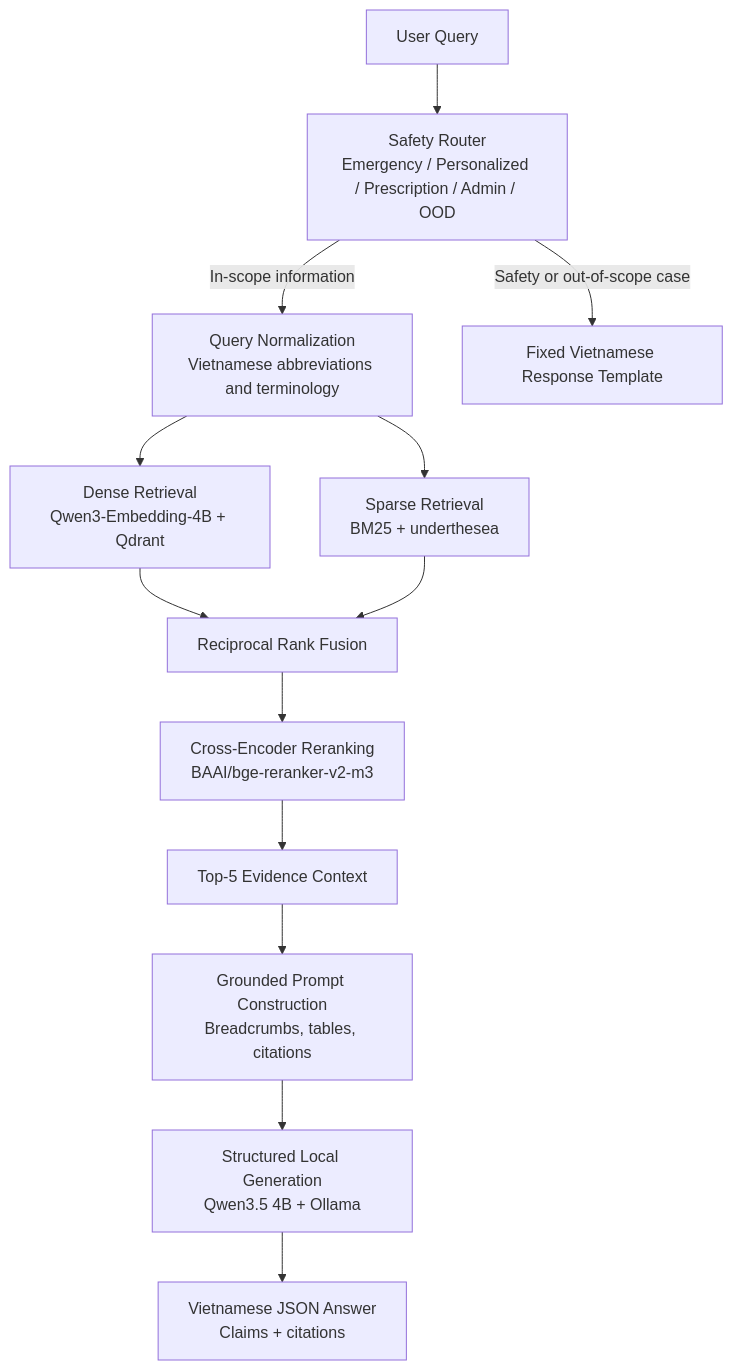
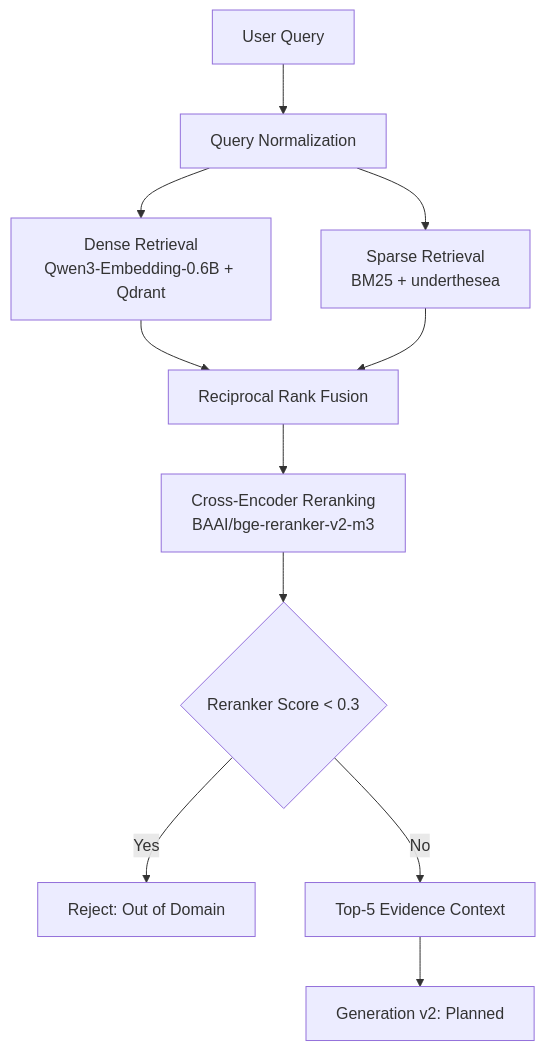
Before and after one commit to wgnamlabs/vietnamese-maternal-health-rag: the diagram in README.md, drawn with Mermaid. The commit also changed other lines of this file and 1 other file, not shown here.

Commit message:
Update README and pipeline for Generation v2 prep

````diff
--- a/README.md
+++ b/README.md
@@ -64,21 +55,18 @@
 ```mermaid
 flowchart TD
-    A[User Query] --> B[Safety Router<br/>Emergency / Personalized / Prescription / Admin / OOD]
+    A[User Query] --> C[Query Normalization]
 
-    B -->|In-scope information| C[Query Normalization<br/>Vietnamese abbreviations and terminology]
-    B -->|Safety or out-of-scope case| T[Fixed Vietnamese Response Template]
-
-    C --> D[Dense Retrieval<br/>Qwen3-Embedding-4B + Qdrant]
+    C --> D[Dense Retrieval<br/>Qwen3-Embedding-0.6B + Qdrant]
     C --> E[Sparse Retrieval<br/>BM25 + underthesea]
 
     D --> F[Reciprocal Rank Fusion]
     E --> F
 
     F --> G[Cross-Encoder Reranking<br/>BAAI/bge-reranker-v2-m3]
-    G --> H[Top-5 Evidence Context]
+    
+    G --> H{Reranker Score < 0.3}
+    H -->|Yes| I[Reject: Out of Domain]
+    H -->|No| J[Top-5 Evidence Context]
 
-    H --> I[Grounded Prompt Construction<br/>Breadcrumbs, tables, citations]
-    I --> J[Structured Local Generation<br/>Qwen3.5 4B + Ollama]
-
-    J --> K[Vietnamese JSON Answer<br/>Claims + citations]
+    J --> K[Generation v2: Planned]
 ```
````
